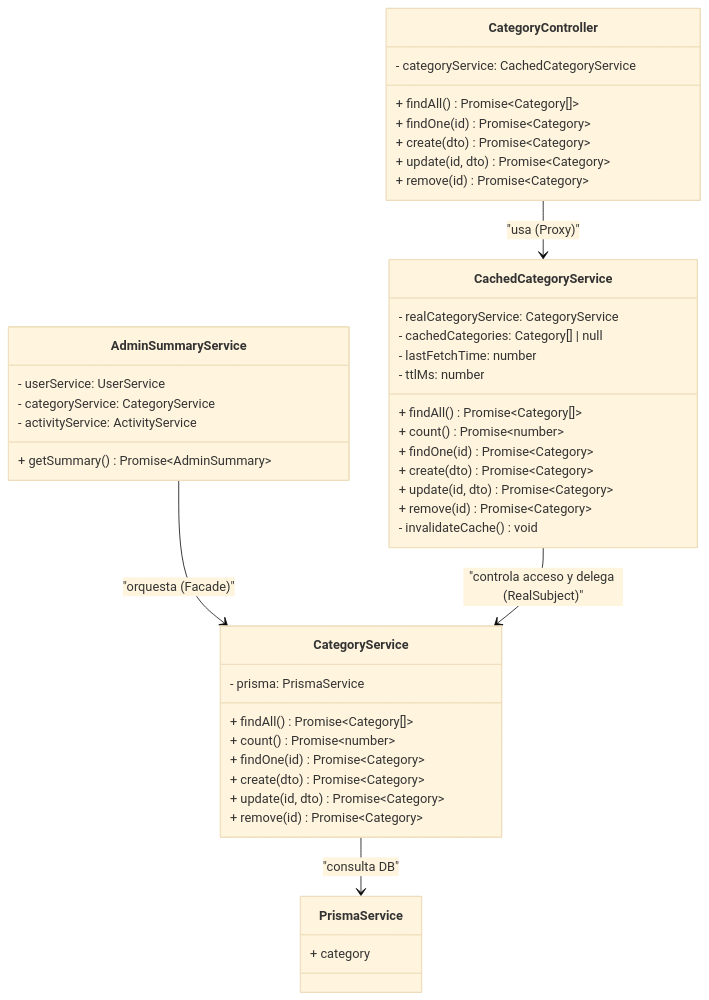
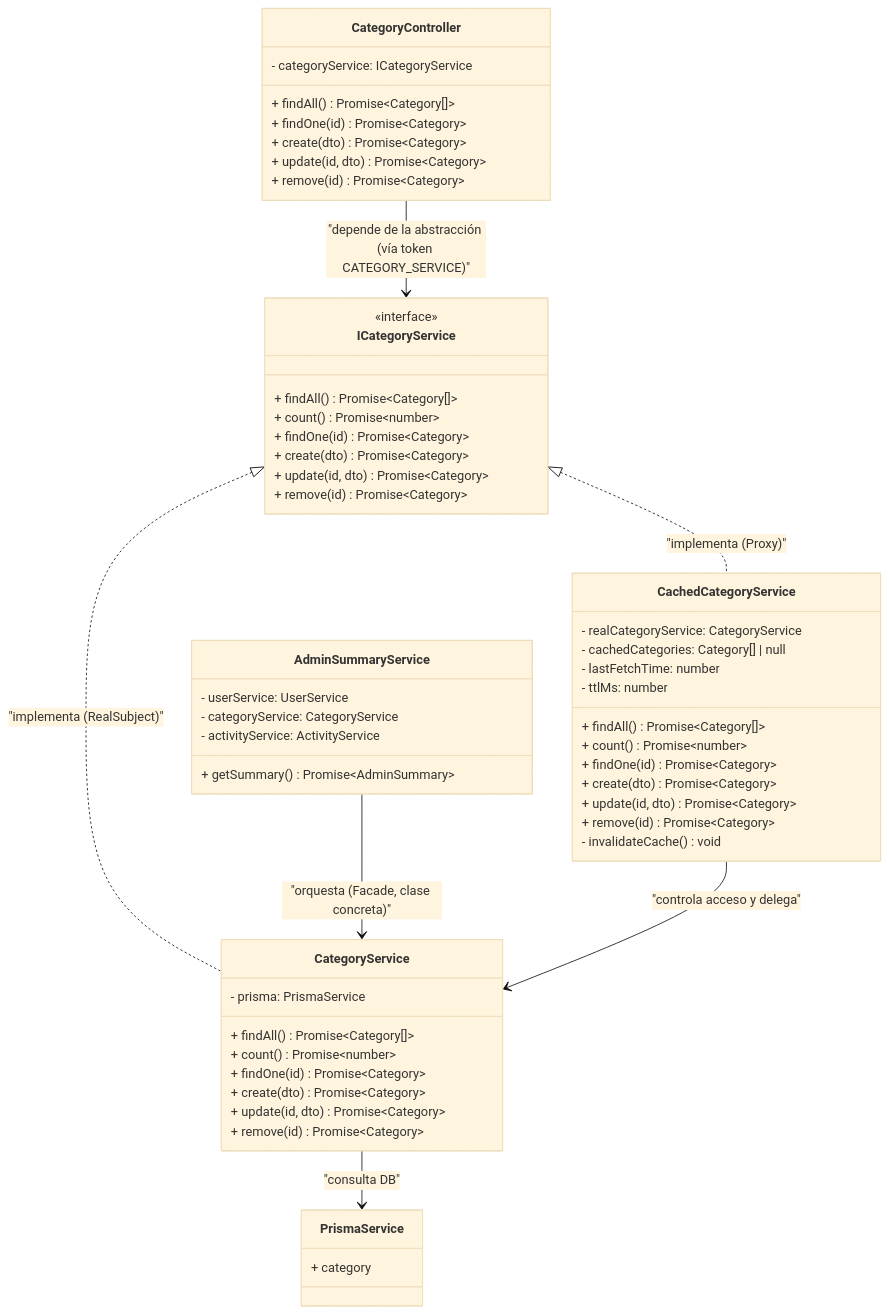
The third of 3 diagrams in docs/patrones-estructurales/justificacion.md (CaroDevs/Grupo1_Reto1_EventosMedellin), drawn with Mermaid (base theme) before and after one commit. The commit also changed other lines of this file, not shown here.

Commit message:
Add: actualiza el diagrama de Proxy con ICategoryService y el injection token
El diagrama y la tabla de participantes ya mencionaban conceptualmente
que el Subject "debería" ser una interfaz, pero no lo mostraban
estructuralmente. Se agrega ICategoryService como <<interface>> en el
diagrama, las flechas de implementación de ambas clases, el cambio de
CategoryController hacia la interfaz, y una nota en "Adaptación al
dominio" explicando el bug del TTL y el injection token.

````diff
--- a/docs/patrones-estructurales/justificacion.md
+++ b/docs/patrones-estructurales/justificacion.md
@@ -202,51 +202,63 @@
 ```mermaid
 classDiagram
+    class ICategoryService {
+        <<interface>>
+        + findAll() Promise~Category[]~
+        + count() Promise~number~
+        + findOne(id) Promise~Category~
+        + create(dto) Promise~Category~
+        + update(id, dto) Promise~Category~
+        + remove(id) Promise~Category~
+    }
+
     class CategoryController {
-        - categoryService: CachedCategoryService
+        - categoryService: ICategoryService
         + findAll() Promise~Category[]~
         + findOne(id) Promise~Category~
         + create(dto) Promise~Category~
         + update(id, dto) Promise~Category~
         + remove(id) Promise~Category~
     }
 
     class AdminSummaryService {
         - userService: UserService
         - categoryService: CategoryService
         - activityService: ActivityService
         + getSummary() Promise~AdminSummary~
     }
 
     class CachedCategoryService {
         - realCategoryService: CategoryService
         - cachedCategories: Category[] | null
         - lastFetchTime: number
         - ttlMs: number
         + findAll() Promise~Category[]~
         + count() Promise~number~
         + findOne(id) Promise~Category~
         + create(dto) Promise~Category~
         + update(id, dto) Promise~Category~
         + remove(id) Promise~Category~
         - invalidateCache() void
     }
 
     class CategoryService {
         - prisma: PrismaService
         + findAll() Promise~Category[]~
         + count() Promise~number~
         + findOne(id) Promise~Category~
         + create(dto) Promise~Category~
         + update(id, dto) Promise~Category~
         + remove(id) Promise~Category~
     }
 
     class PrismaService {
         + category
     }
 
-    CategoryController --> CachedCategoryService : "usa (Proxy)"
-    AdminSummaryService --> CategoryService : "orquesta (Facade)"
-    CachedCategoryService --> CategoryService : "controla acceso y delega (RealSubject)"
+    CategoryController --> ICategoryService : "depende de la abstracción (vía token CATEGORY_SERVICE)"
+    ICategoryService <|.. CachedCategoryService : "implementa (Proxy)"
+    ICategoryService <|.. CategoryService : "implementa (RealSubject)"
+    AdminSummaryService --> CategoryService : "orquesta (Facade, clase concreta)"
+    CachedCategoryService --> CategoryService : "controla acceso y delega"
     CategoryService --> PrismaService : "consulta DB"
 ```
````
